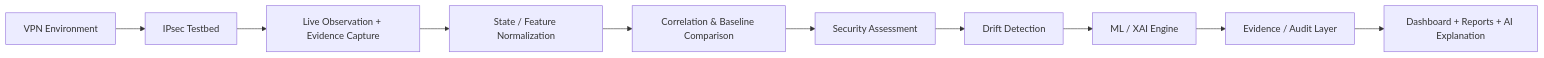
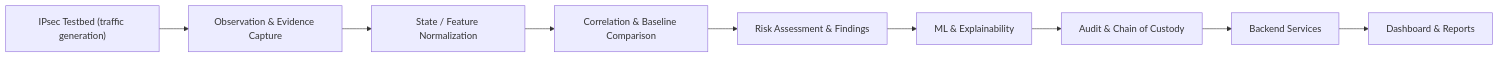
One commit to JAGADISH-A/SIH---IPsec-Analysis-framework changed the diagram in README.md. Above: the diagram before and after it, drawn with Mermaid. The commit also changed other lines of this file, not shown here.

````diff
--- a/README.md
+++ b/README.md
@@ -46,12 +48,13 @@
 ```mermaid
 flowchart LR
-    A[VPN Environment] --> B[IPsec Testbed]
-    B --> C[Live Observation + Evidence Capture]
-    C --> D[State / Feature Normalization]
-    D --> E[Correlation & Baseline Comparison]
-    E --> F[Security Assessment]
-    F --> G[Drift Detection]
-    G --> H[ML / XAI Engine]
-    H --> I[Evidence / Audit Layer]
-    I --> J[Dashboard + Reports + AI Explanation]
+    A["IPsec Testbed (traffic generation)"]
+    B["Observation & Evidence Capture"]
+    C["State / Feature Normalization"]
+    D["Correlation & Baseline Comparison"]
+    E["Risk Assessment & Findings"]
+    F["ML & Explainability"]
+    G["Audit & Chain of Custody"]
+    H["Backend Services"]
+    I["Dashboard & Reports"]
+    A --> B --> C --> D --> E --> F --> G --> H --> I
 ```
````
